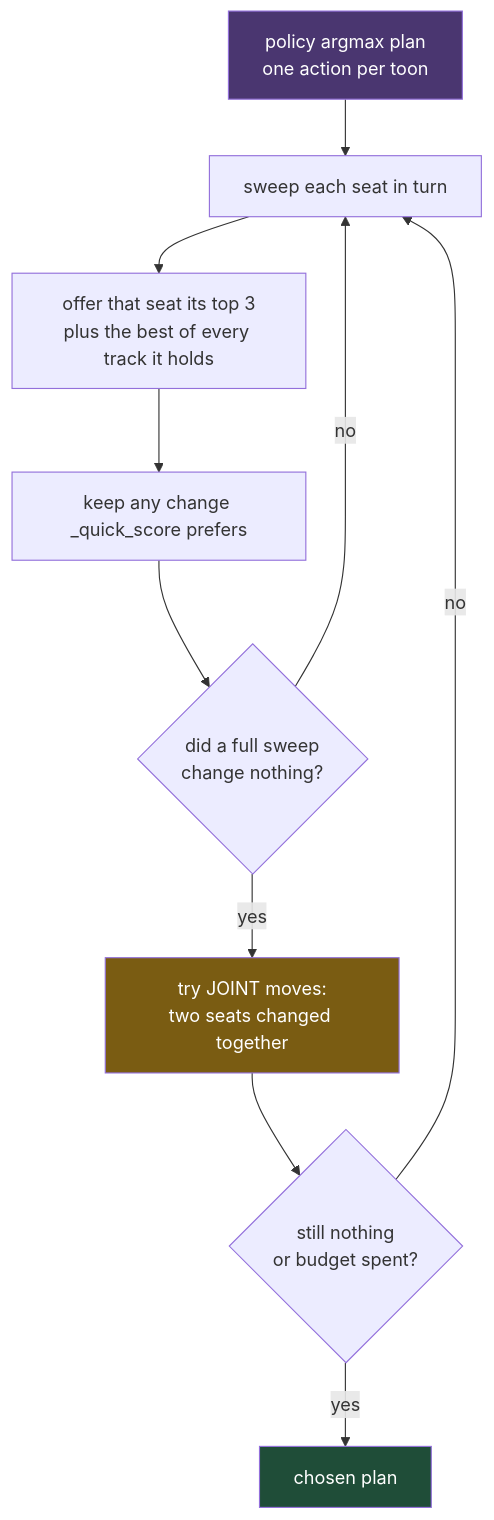
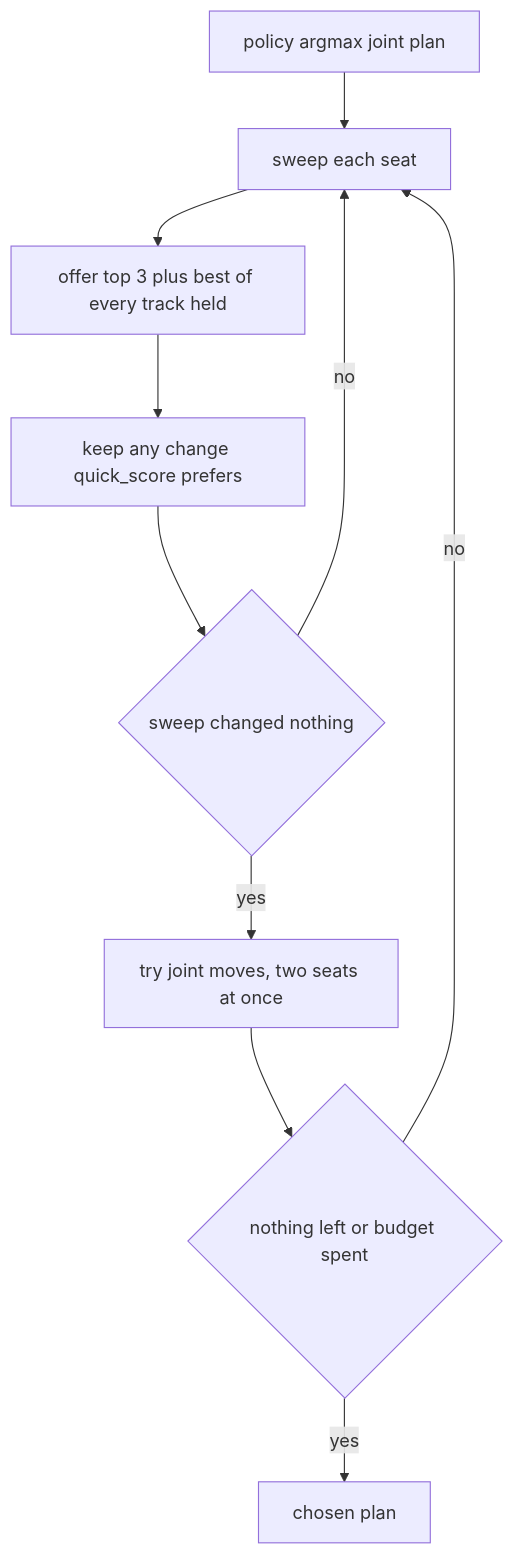
One commit to Angle-Brackets/TTRSolver changed the sixth of 6 diagrams in README.md. Above: the diagram before and after it, drawn with Mermaid. The commit also changed other lines of this file, not shown here.

First line of the commit message:
README: drop the sermon, document training, plain-text diagrams

````diff
--- a/README.md
+++ b/README.md
@@ -406,16 +412,12 @@
 ```mermaid
-graph TD
-    S["policy argmax plan<br/>one action per toon"] --> L["sweep each seat in turn"]
-    L --> W["offer that seat its top 3<br/>plus the best of every track it holds"]
-    W --> K["keep any change _quick_score prefers"]
-    K --> Z{"did a full sweep<br/>change nothing?"}
-    Z -->|"no"| L
-    Z -->|"yes"| J["try JOINT moves:<br/>two seats changed together"]
-    J --> Z2{"still nothing<br/>or budget spent?"}
-    Z2 -->|"no"| L
-    Z2 -->|"yes"| OUT["chosen plan"]
-
-    style S fill:#4a3670,color:#fff
-    style J fill:#7a5c12,color:#fff
-    style OUT fill:#1f4d38,color:#fff
+flowchart TD
+    S[policy argmax joint plan] --> L[sweep each seat]
+    L --> W[offer top 3 plus best of every track held]
+    W --> K[keep any change quick_score prefers]
+    K --> Z{sweep changed nothing}
+    Z -->|no| L
+    Z -->|yes| J[try joint moves, two seats at once]
+    J --> Z2{nothing left or budget spent}
+    Z2 -->|no| L
+    Z2 -->|yes| OUT[chosen plan]
 ```
````
